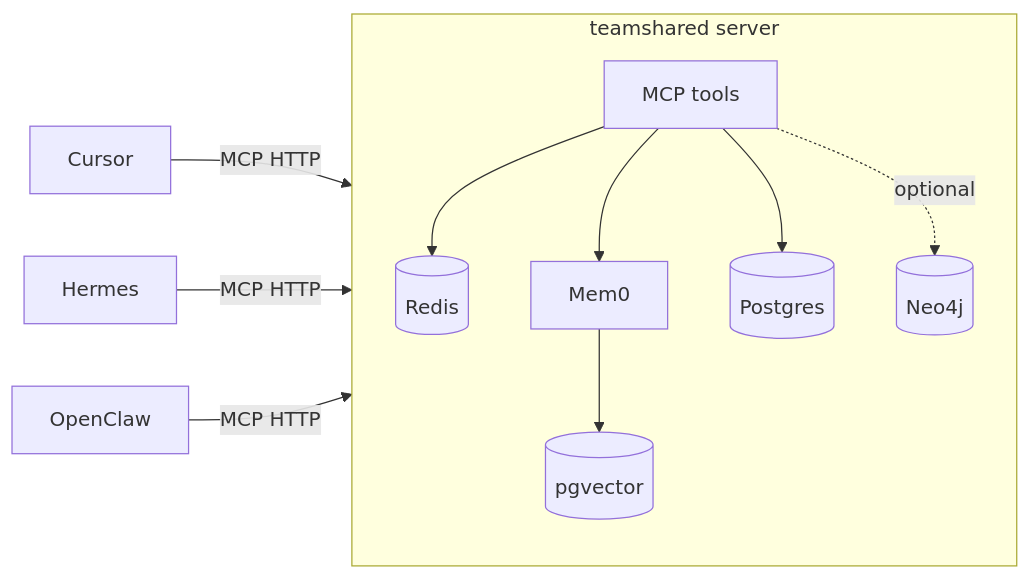
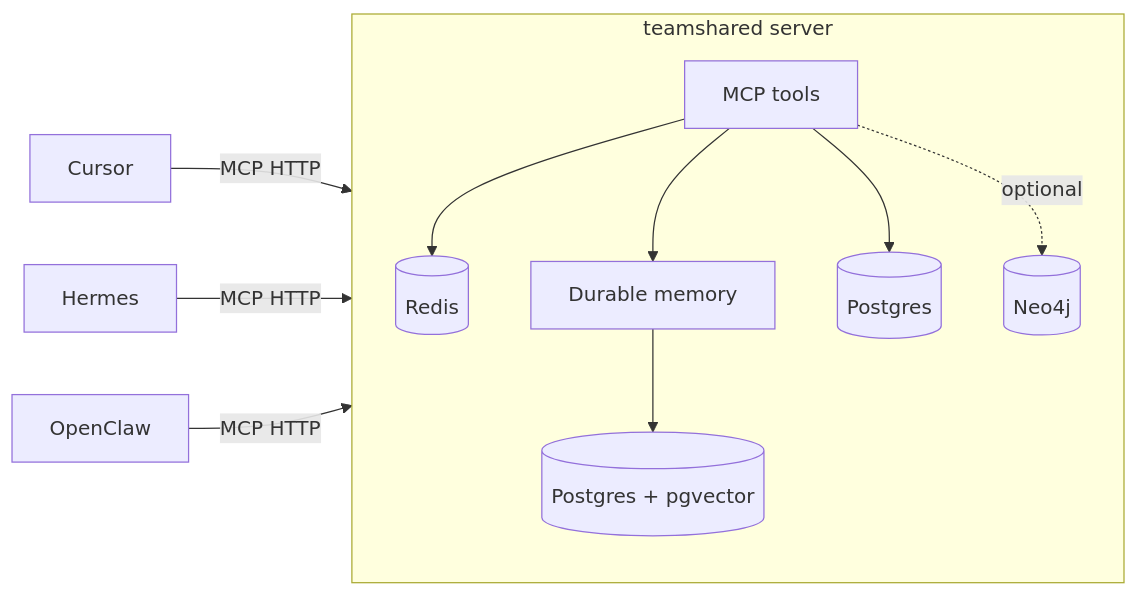
Before and after one commit to xhad/teamshared: the diagram in README.md, drawn with Mermaid. The commit also changed other lines of this file and 62 other files, not shown here.

````diff
--- a/README.md
+++ b/README.md
@@ -25,14 +25,14 @@
 ```mermaid
 flowchart LR
   Cursor[Cursor] -->|MCP HTTP| teamshared
   Hermes[Hermes] -->|MCP HTTP| teamshared
   OpenClaw[OpenClaw] -->|MCP HTTP| teamshared
   subgraph teamshared [teamshared server]
     Tools[MCP tools]
     Tools --> Working[(Redis)]
-    Tools --> Mem0[Mem0]
+    Tools --> Durable[Durable memory]
     Tools --> Procs[(Postgres)]
     Tools -.->|optional| Neo4j[(Neo4j)]
-    Mem0 --> PG[(pgvector)]
+    Durable --> PG[(Postgres + pgvector)]
   end
 ```
````
